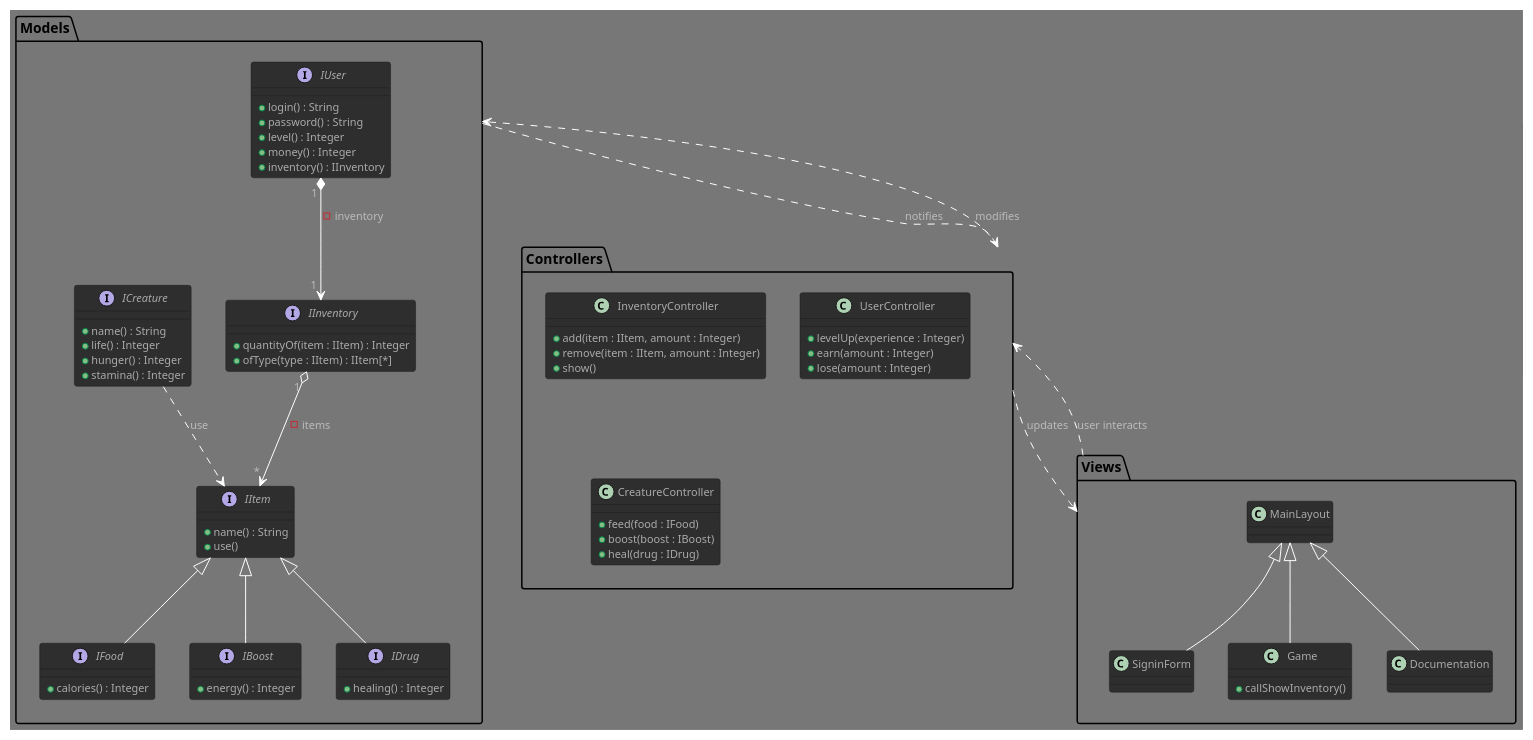
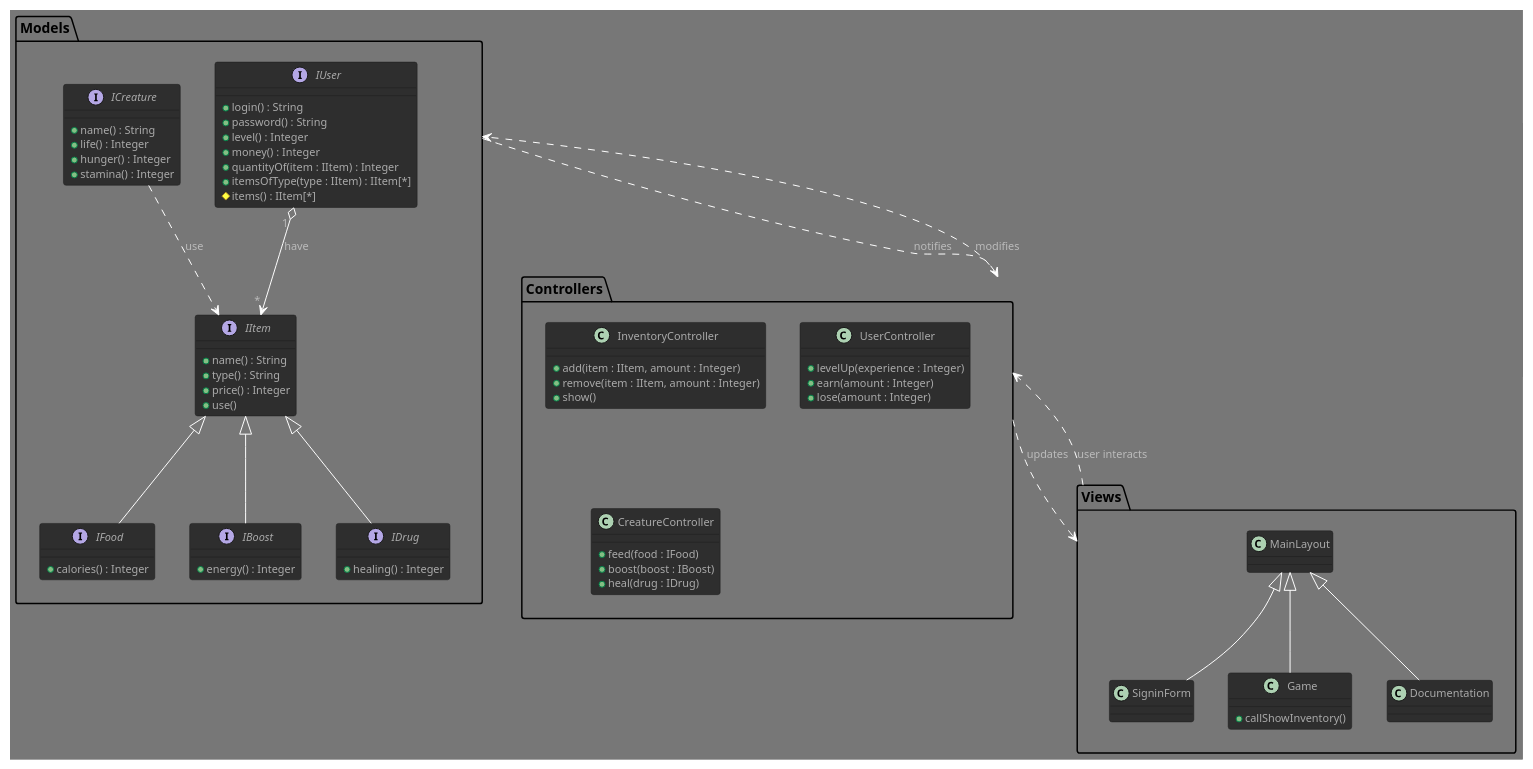
One commit to GlazKrovi/VirtualNoe changed the diagram in VirtualNoe.puml. Above: the diagram before and after it, drawn with PlantUML. The commit also changed 3 other files, not shown here.

```diff
--- a/VirtualNoe.puml
+++ b/VirtualNoe.puml
@@ -1,103 +1,100 @@
 @startuml VirtualNoe
 
 !theme reddress-darkgreen
 
 package Models
 {
     interface IUser
     {
         + login() : String
         + password() : String
         + level() : Integer
         + money() : Integer
-        + inventory() : IInventory
-    }
-
-    interface IInventory 
-    { 
         + quantityOf(item : IItem) : Integer
-        + ofType(type : IItem) : IItem[*]
+        + itemsOfType(type : IItem) : IItem[*]
+        # items() : IItem[*]
     }
 
     interface IItem
     {
         + name() : String
+        + type() : String
+        + price() : Integer
         + use()
     }
 
     interface IFood implements IItem
     {
         /' number of points added to hunger gauge '/
         + calories() : Integer  
     }
 
     interface IBoost implements IItem
     {
         /' number of points added to stamina gauge '/
         + energy() : Integer
     }
 
     interface IDrug implements IItem
     {
         /' number of points added to life gauge '/
         + healing() : Integer
     }
 
     interface ICreature 
     { 
         + name() : String
         + life() : Integer
         + hunger() : Integer
         + stamina() : Integer
     }
 }
 
 package Controllers 
 { 
     class InventoryController
     {
         + add(item : IItem, amount : Integer) 
         + remove(item : IItem, amount : Integer)
         + show()
     }
 
     class UserController
     {
         /' Authentication system managed by laravel'/
         + levelUp(experience : Integer)
         + earn(amount : Integer) /' money '/
         + lose(amount : Integer) /' money '/
     }
 
     class CreatureController
     {
         + feed(food : IFood)
         + boost(boost : IBoost)
         + heal(drug : IDrug)
     }
 }
 
 package Views 
 { 
     class MainLayout
     class SigninForm extends MainLayout   /' home, index '/
     class Game extends MainLayout   /' main game window '/
     {
         + callShowInventory()
     }
     class Documentation extends MainLayout   /' tutorial, etc. '/
 }
 
 /' RELATIONS '/
-IUser" 1 " *--> " 1 "IInventory : - inventory
-IInventory" 1 " o--> " * "IItem : - items
+IUser" 1 " o--> " * "IItem : have
 ICreature ..> IItem : use               /' TODO - not sure '/
 
 
 /' MVC '/
 Controllers ..> Models : modifies
 Controllers ..> Views : updates
 Views ..> Controllers : user interacts
 Models ..> Controllers : notifies 
 
 @enduml
```
